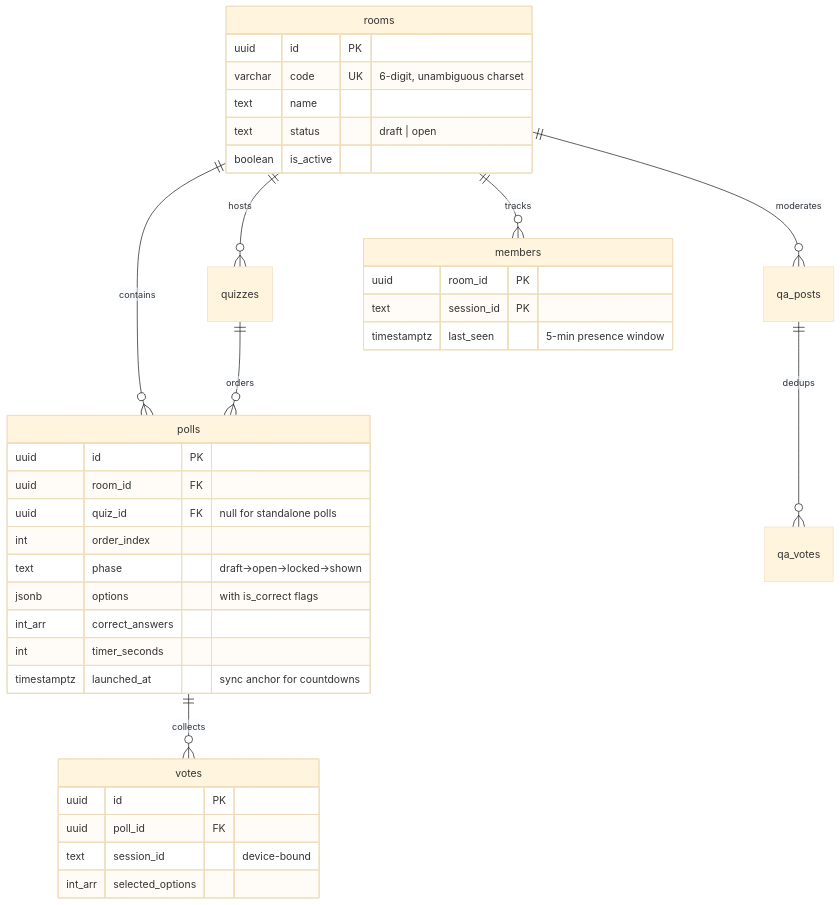
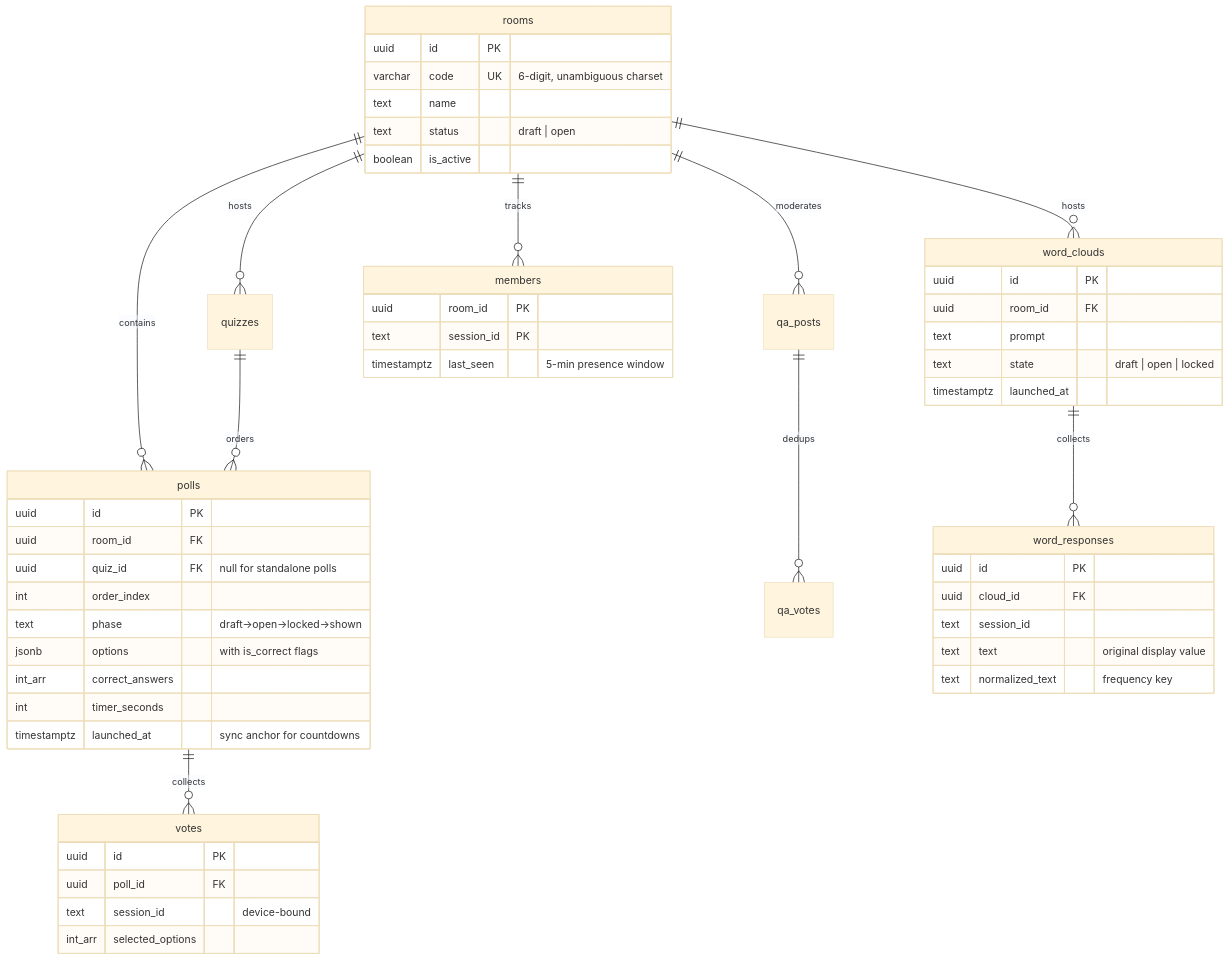
One commit to Cyberheathens/Quizzer changed the fourth of 4 diagrams in README.md. Above: the diagram before and after it, drawn with Mermaid (base theme). The commit also changed other lines of this file and 28 other files, not shown here.

Commit message:
Add room-code passwords and realtime word clouds

````diff
--- a/README.md
+++ b/README.md
@@ -124,40 +133,56 @@
 ```mermaid
 erDiagram
     rooms ||--o{ quizzes : hosts
     rooms ||--o{ polls : contains
     rooms ||--o{ qa_posts : moderates
     rooms ||--o{ members : tracks
+    rooms ||--o{ word_clouds : hosts
     quizzes ||--o{ polls : orders
     polls ||--o{ votes : collects
     qa_posts ||--o{ qa_votes : dedups
+    word_clouds ||--o{ word_responses : collects
 
     rooms {
         uuid id PK
         varchar code UK "6-digit, unambiguous charset"
         text name
         text status "draft | open"
         boolean is_active
     }
     polls {
         uuid id PK
         uuid room_id FK
         uuid quiz_id FK "null for standalone polls"
         int order_index
         text phase "draft→open→locked→shown"
         jsonb options "with is_correct flags"
         int_arr correct_answers
         int timer_seconds
         timestamptz launched_at "sync anchor for countdowns"
     }
     votes {
         uuid id PK
         uuid poll_id FK
         text session_id "device-bound"
         int_arr selected_options
     }
+    word_clouds {
+        uuid id PK
+        uuid room_id FK
+        text prompt
+        text state "draft | open | locked"
+        timestamptz launched_at
+    }
+    word_responses {
+        uuid id PK
+        uuid cloud_id FK
+        text session_id
+        text text "original display value"
+        text normalized_text "frequency key"
+    }
     members {
         uuid room_id PK
         text session_id PK
         timestamptz last_seen "5-min presence window"
     }
 ```
````
